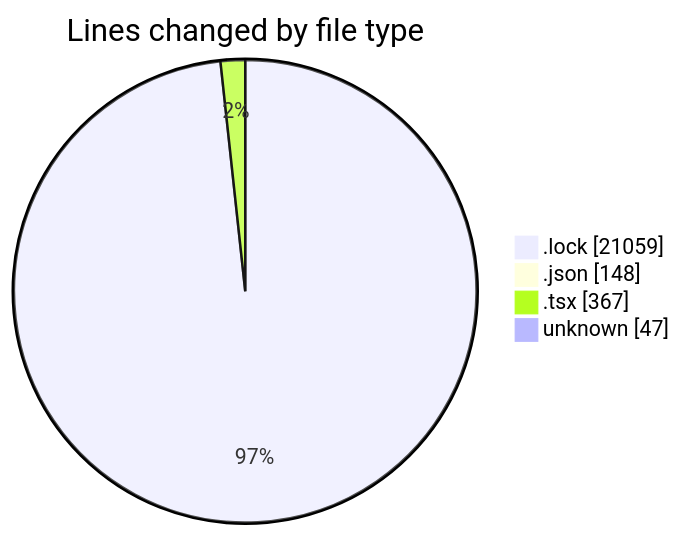
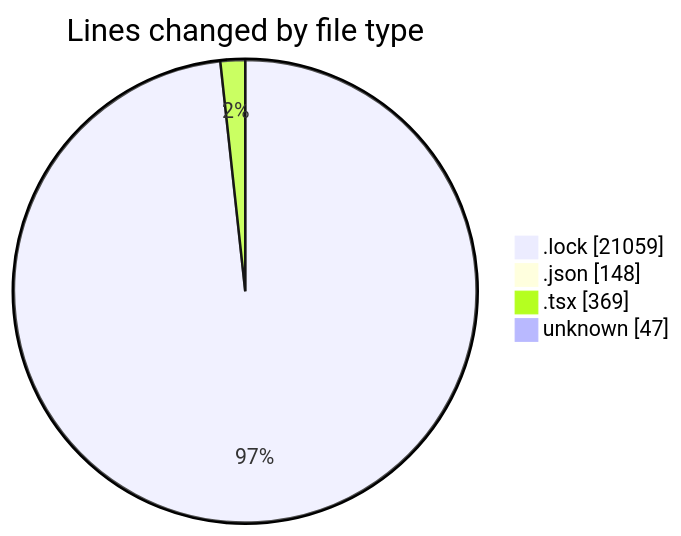
Before and after one commit to momahboobian/code-tracking: the first of 2 diagrams in 2025-10-20/cda/README.md, drawn with Mermaid. The commit also changed other lines of this file and 1 other file, not shown here.

````diff
--- a/2025-10-20/cda/README.md
+++ b/2025-10-20/cda/README.md
@@ -27,8 +27,8 @@
 ```mermaid
 pie showData
 title Lines changed by file type
 ".lock" : 21059
 ".json" : 148
-".tsx" : 367
+".tsx" : 369
 "unknown" : 47
 ```
````
